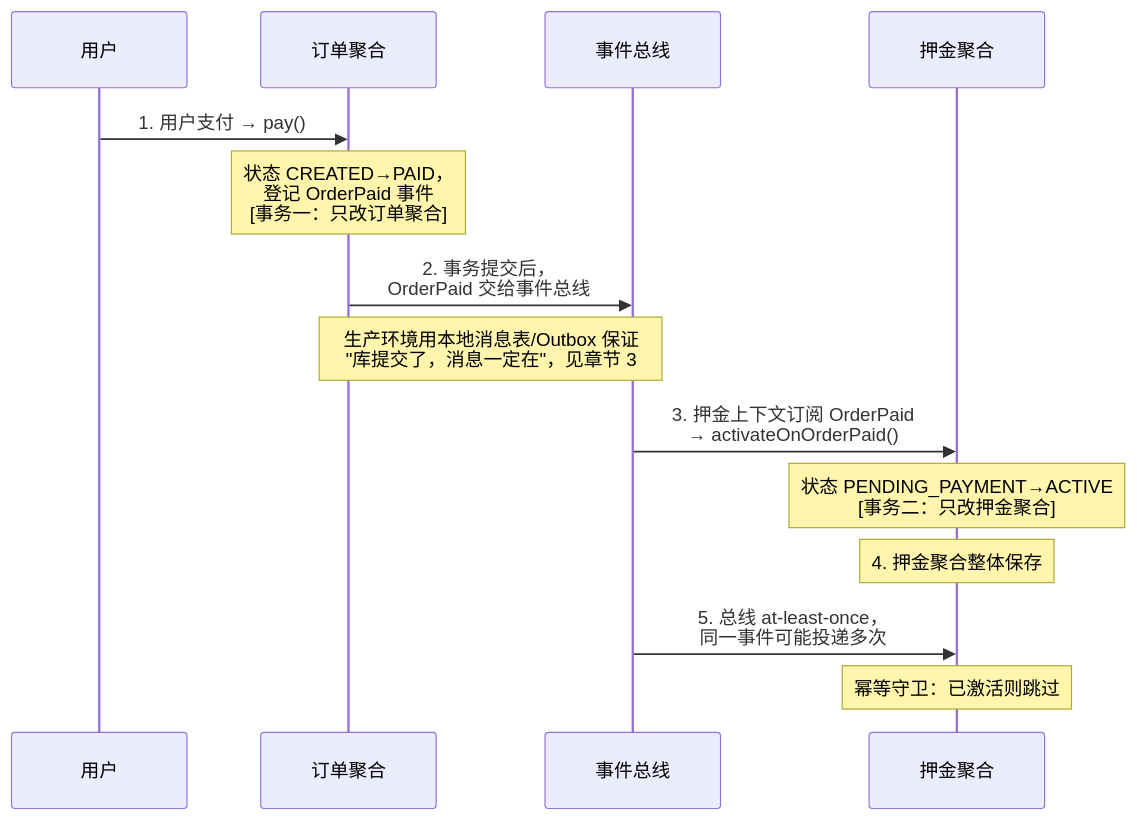
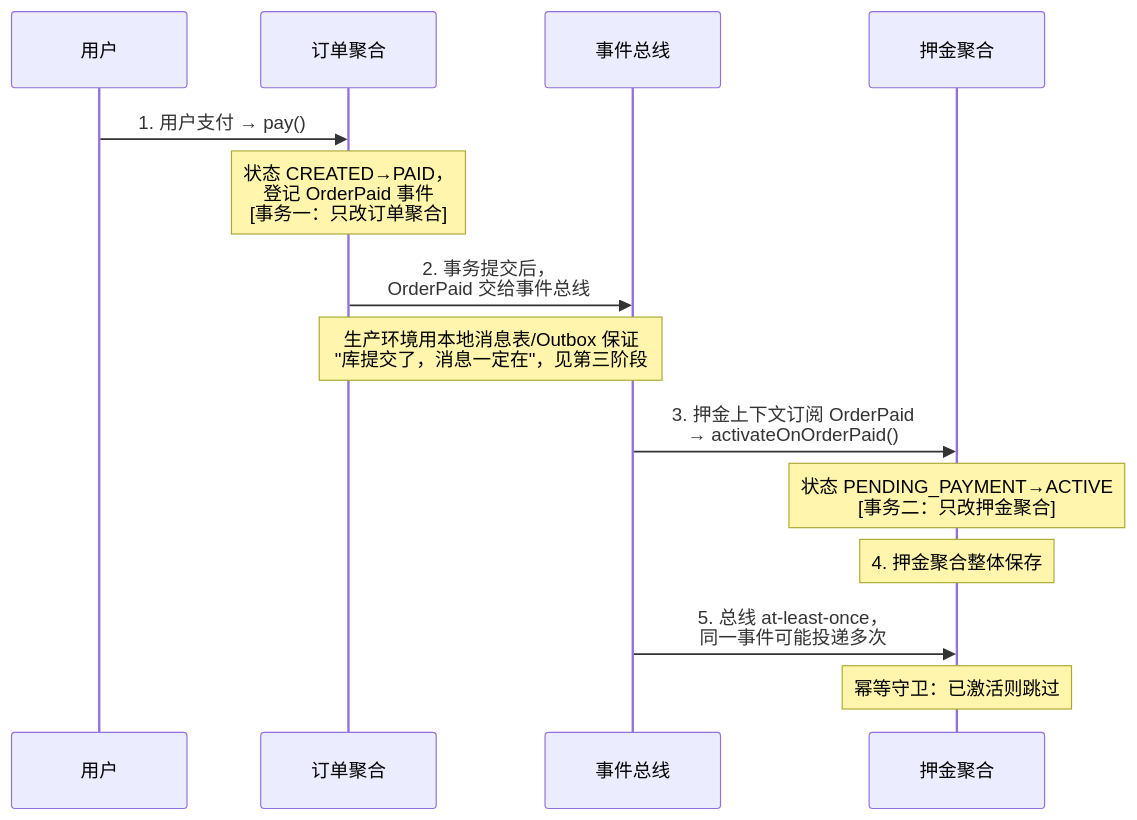
One commit to yidafu/tech-learning changed the second of 2 diagrams in architecture/04-第四阶段/03-领域驱动设计-DDD.md. Above: the diagram before and after it, drawn with Mermaid. The commit also changed other lines of this file and 115 other files, not shown here.

````diff
--- a/architecture/04-第四阶段/03-领域驱动设计-DDD.md
+++ b/architecture/04-第四阶段/03-领域驱动设计-DDD.md
@@ -345,16 +345,16 @@
 ```mermaid
 sequenceDiagram
     participant U as 用户
     participant O as 订单聚合
     participant BUS as 事件总线
     participant D as 押金聚合
     U->>O: 1. 用户支付 → pay()
     Note over O: 状态 CREATED→PAID，<br/>登记 OrderPaid 事件<br/>[事务一：只改订单聚合]
     O->>BUS: 2. 事务提交后，<br/>OrderPaid 交给事件总线
-    Note over O,BUS: 生产环境用本地消息表/Outbox 保证<br/>"库提交了，消息一定在"，见章节 3
+    Note over O,BUS: 生产环境用本地消息表/Outbox 保证<br/>"库提交了，消息一定在"，见第三阶段
     BUS->>D: 3. 押金上下文订阅 OrderPaid<br/>→ activateOnOrderPaid()
     Note over D: 状态 PENDING_PAYMENT→ACTIVE<br/>[事务二：只改押金聚合]
     Note over D: 4. 押金聚合整体保存
     BUS->>D: 5. 总线 at-least-once，<br/>同一事件可能投递多次
     Note over D: 幂等守卫：已激活则跳过
 ```
````
